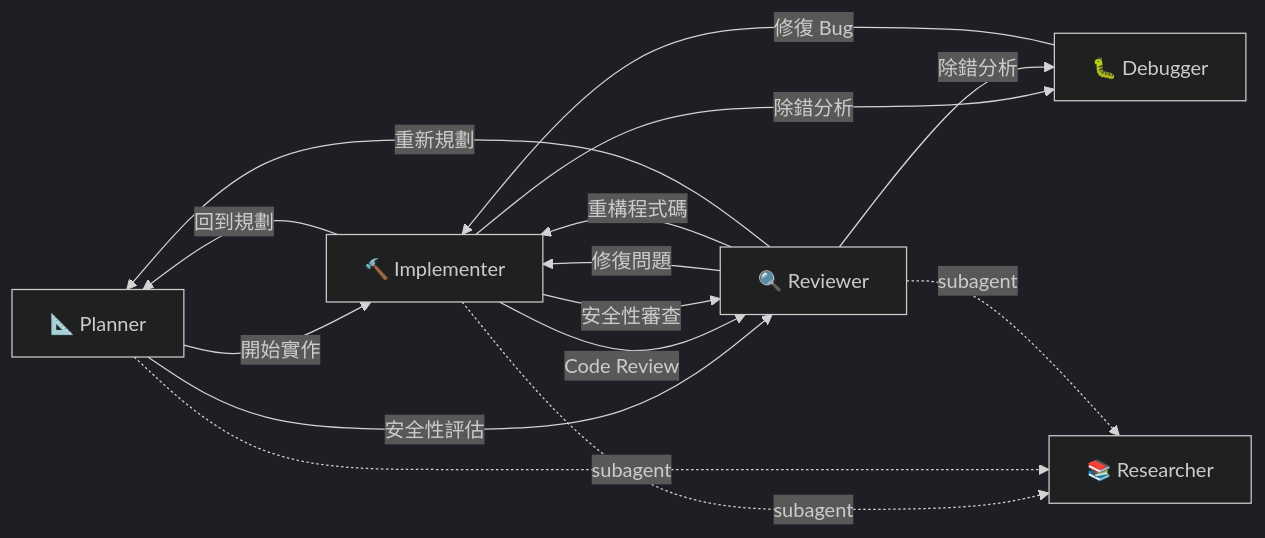
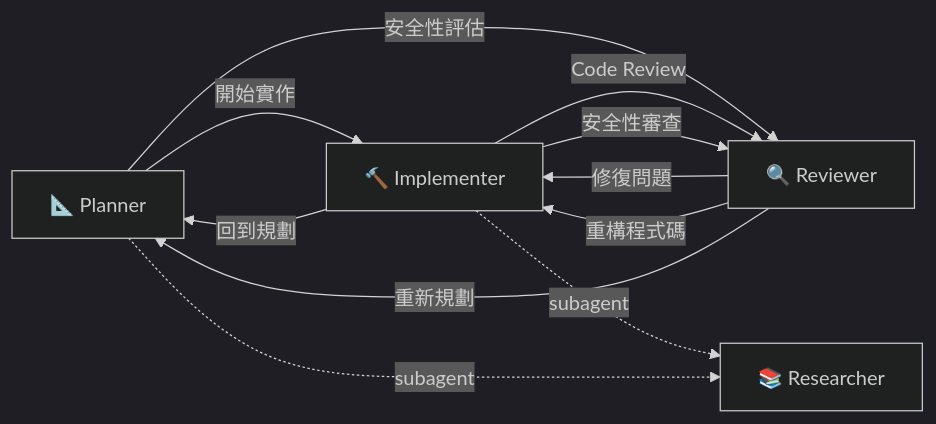
The second of 2 diagrams in README.zh-TW.md (zexion7873/copilot-setting), drawn with Mermaid (dark theme) before and after one commit. The commit also changed other lines of this file and 7 other files, not shown here.

````diff
--- a/README.zh-TW.md
+++ b/README.zh-TW.md
@@ -95,21 +94,16 @@
 ```mermaid
 flowchart LR
     Planner["📐 Planner"] -->|"開始實作"| Implementer
     Planner -->|"安全性評估"| Reviewer
 
     Implementer["🔨 Implementer"] -->|"Code Review"| Reviewer
     Implementer -->|"安全性審查"| Reviewer
-    Implementer -->|"除錯分析"| Debugger
     Implementer -->|"回到規劃"| Planner
 
     Reviewer["🔍 Reviewer"] -->|"修復問題"| Implementer
     Reviewer -->|"重構程式碼"| Implementer
-    Reviewer -->|"除錯分析"| Debugger
     Reviewer -->|"重新規劃"| Planner
-
-    Debugger["🐛 Debugger"] -->|"修復 Bug"| Implementer
 
     Implementer -.->|"subagent"| Researcher["📚 Researcher"]
     Planner -.->|"subagent"| Researcher
-    Reviewer -.->|"subagent"| Researcher
 ```
````
